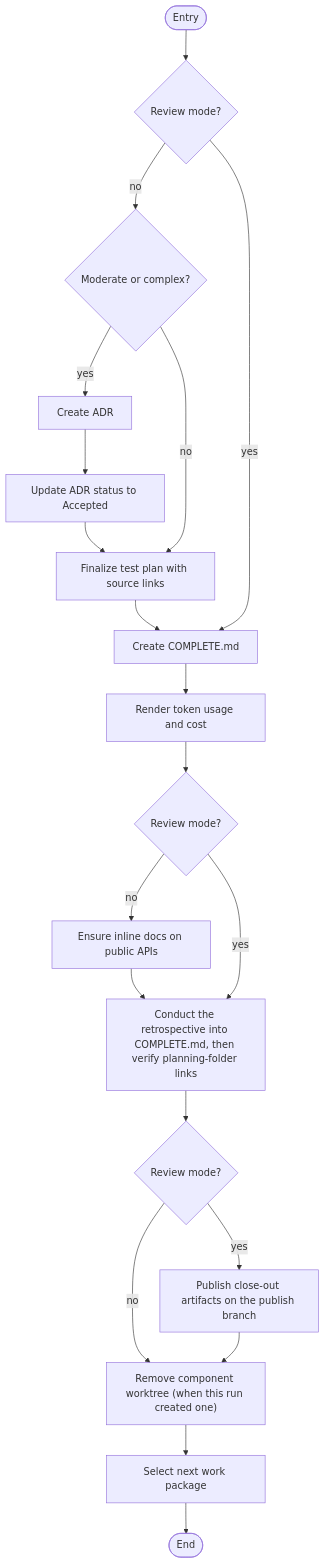
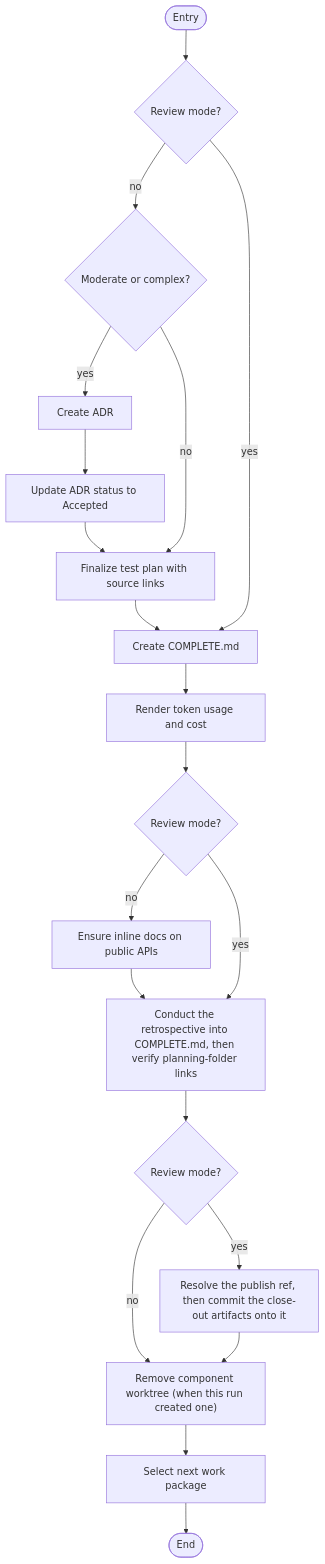
Before and after one commit to m2ux/workflow-server: diagram 15 of 15 in work-package/activities/README.md, drawn with Mermaid. The commit also changed other lines of this file and 17 other files, not shown here.

````diff
--- a/work-package/activities/README.md
+++ b/work-package/activities/README.md
@@ -415,25 +414,25 @@
 ```mermaid
 graph TD
     entryNode(["Entry"]) --> adrGate{"Review mode?"}
 
     adrGate -->|"no"| checkADR{"Moderate or complex?"}
     checkADR -->|"yes"| createADR["Create ADR"]
     createADR --> updateADR["Update ADR status to Accepted"]
     updateADR --> finalizeTestPlan
     checkADR -->|"no"| finalizeTestPlan["Finalize test plan with source links"]
     finalizeTestPlan --> createComplete
 
     adrGate -->|"yes"| createComplete["Create COMPLETE.md"]
     createComplete --> tokenUsage["Render token usage and cost"]
     tokenUsage --> docsGate{"Review mode?"}
     docsGate -->|"no"| ensureDocs["Ensure inline docs on public APIs"]
     ensureDocs --> retrospective
     docsGate -->|"yes"| retrospective["Conduct the retrospective into COMPLETE.md, then verify planning-folder links"]
 
     retrospective --> publishGate{"Review mode?"}
-    publishGate -->|"yes"| republish["Publish close-out artifacts on the publish branch"]
+    publishGate -->|"yes"| republish["Resolve the publish ref, then commit the close-out artifacts onto it"]
     publishGate -->|"no"| removeWorktree
     republish --> removeWorktree["Remove component worktree (when this run created one)"]
     removeWorktree --> selectNext["Select next work package"]
     selectNext --> doneNode(["End"])
 ```
````
